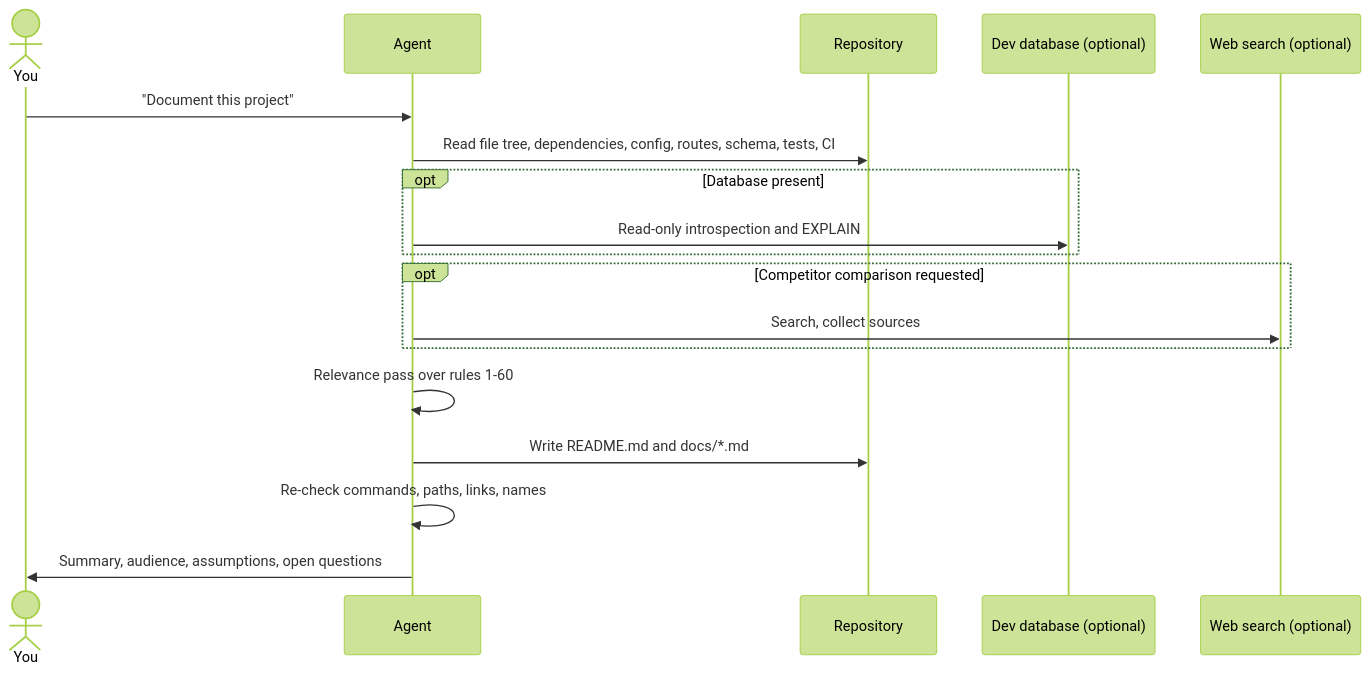
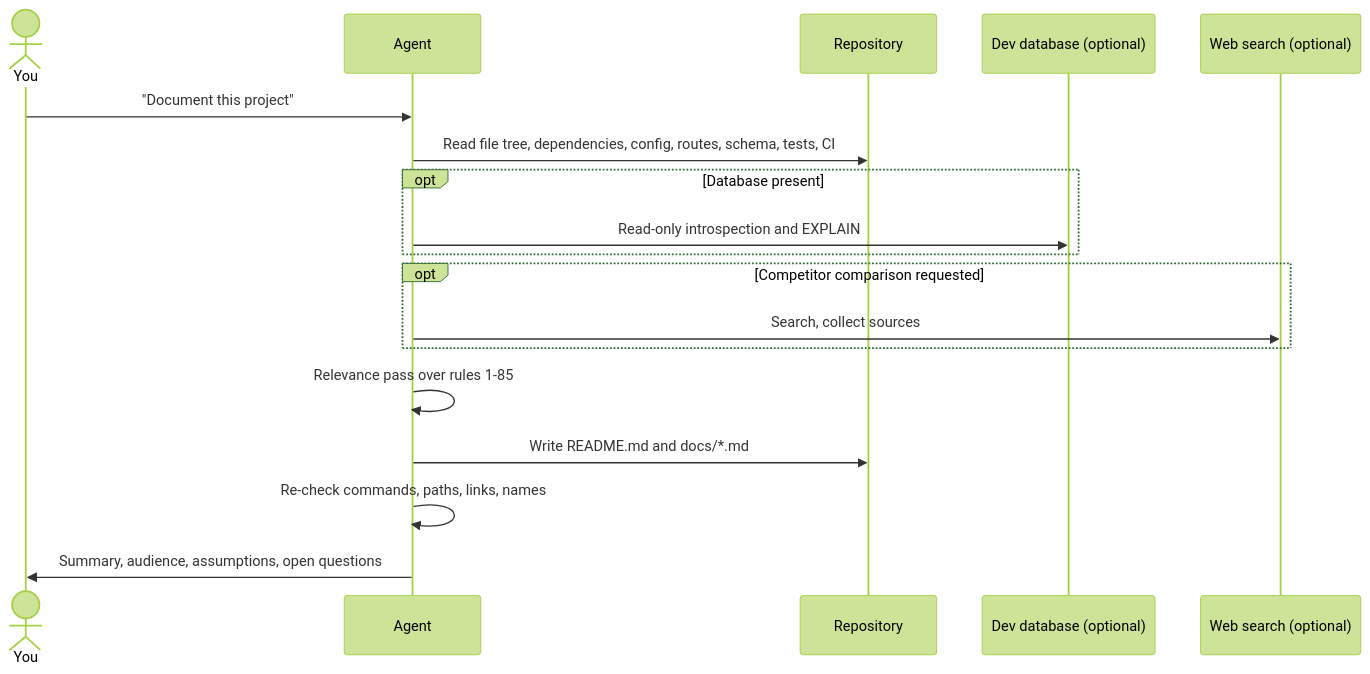
Before and after one commit to TusharParlikar/doc-maker: the diagram in GUIDE.md, drawn with Mermaid (forest theme). The commit also changed other lines of this file and 5 other files, not shown here.

Commit message:
Add architecture-docs skill (rules 61-85) and bump plugin to 1.1.0

````diff
--- a/GUIDE.md
+++ b/GUIDE.md
@@ -42,21 +43,21 @@
 ```mermaid
 sequenceDiagram
     actor You
     participant Agent
     participant Repo as Repository
     participant DB as Dev database (optional)
     participant Web as Web search (optional)
 
     You->>Agent: "Document this project"
     Agent->>Repo: Read file tree, dependencies, config, routes, schema, tests, CI
     opt Database present
         Agent->>DB: Read-only introspection and EXPLAIN
     end
     opt Competitor comparison requested
         Agent->>Web: Search, collect sources
     end
-    Agent->>Agent: Relevance pass over rules 1-60
+    Agent->>Agent: Relevance pass over rules 1-85
     Agent->>Repo: Write README.md and docs/*.md
     Agent->>Agent: Re-check commands, paths, links, names
     Agent->>You: Summary, audience, assumptions, open questions
 ```
````
